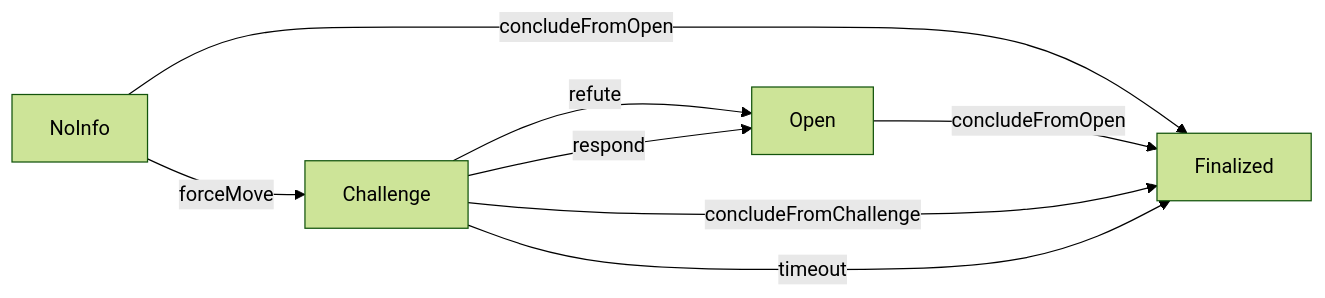
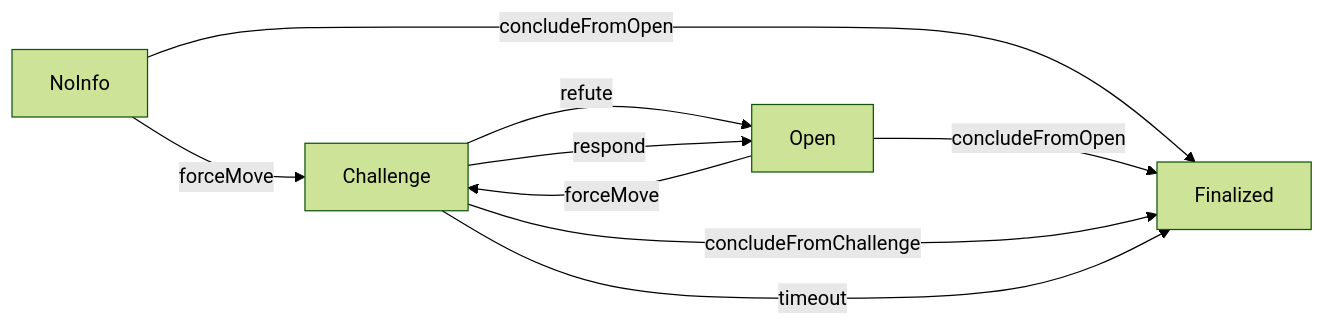
One commit to statechannels/nitro-protocol changed the diagram in docs/adjudicator/channel-storage.md. Above: the diagram before and after it, drawn with Mermaid (forest theme). The commit also changed other lines of this file and 10 other files, not shown here.

Commit message:
Unify style across ForceMove docs

```diff
--- a/docs/adjudicator/channel-storage.md
+++ b/docs/adjudicator/channel-storage.md
@@ -50,11 +49,12 @@
 <div class="mermaid">
 graph LR
 linkStyle default interpolate basis
 NoInfo-->|forceMove| Challenge
 NoInfo-->|concludeFromOpen| Finalized
 Open-->|concludeFromOpen| Finalized
+Open-->|forceMove| Challenge
 Challenge-->|concludeFromChallenge| Finalized
 Challenge-->|refute| Open
 Challenge-->|respond| Open
 Challenge-->|timeout| Finalized
 </div>
```
